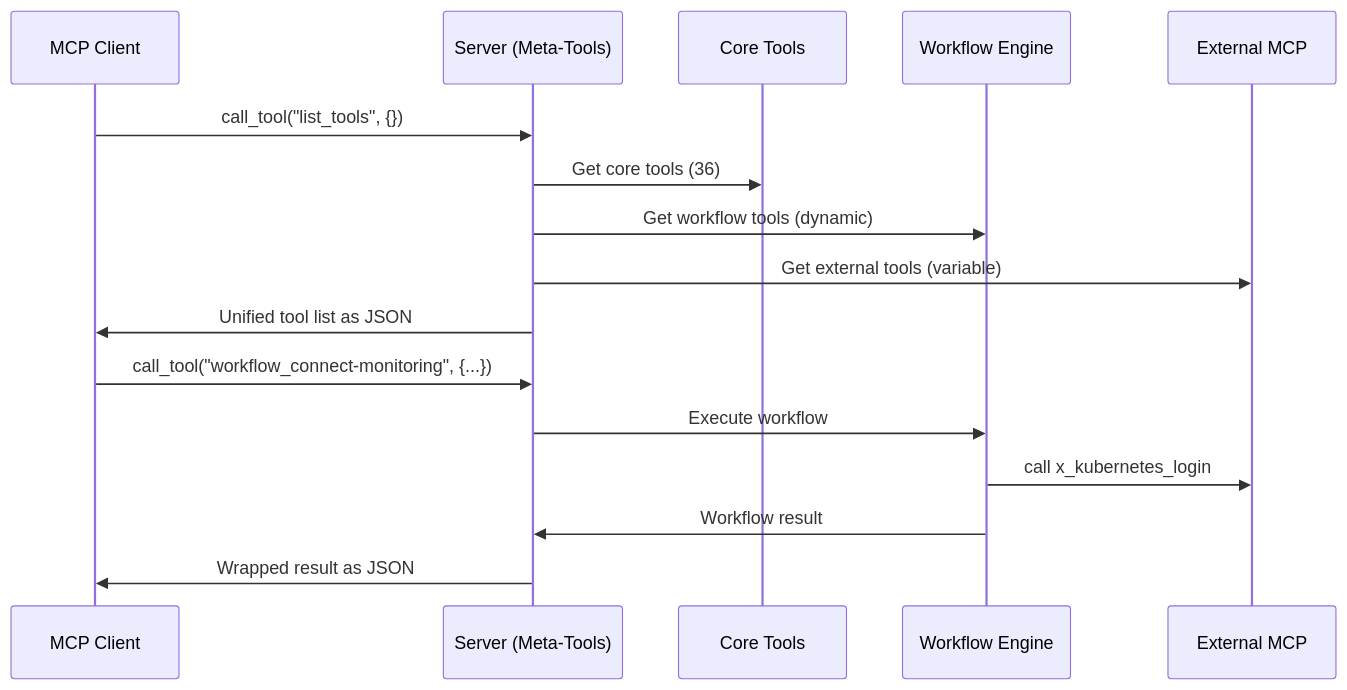
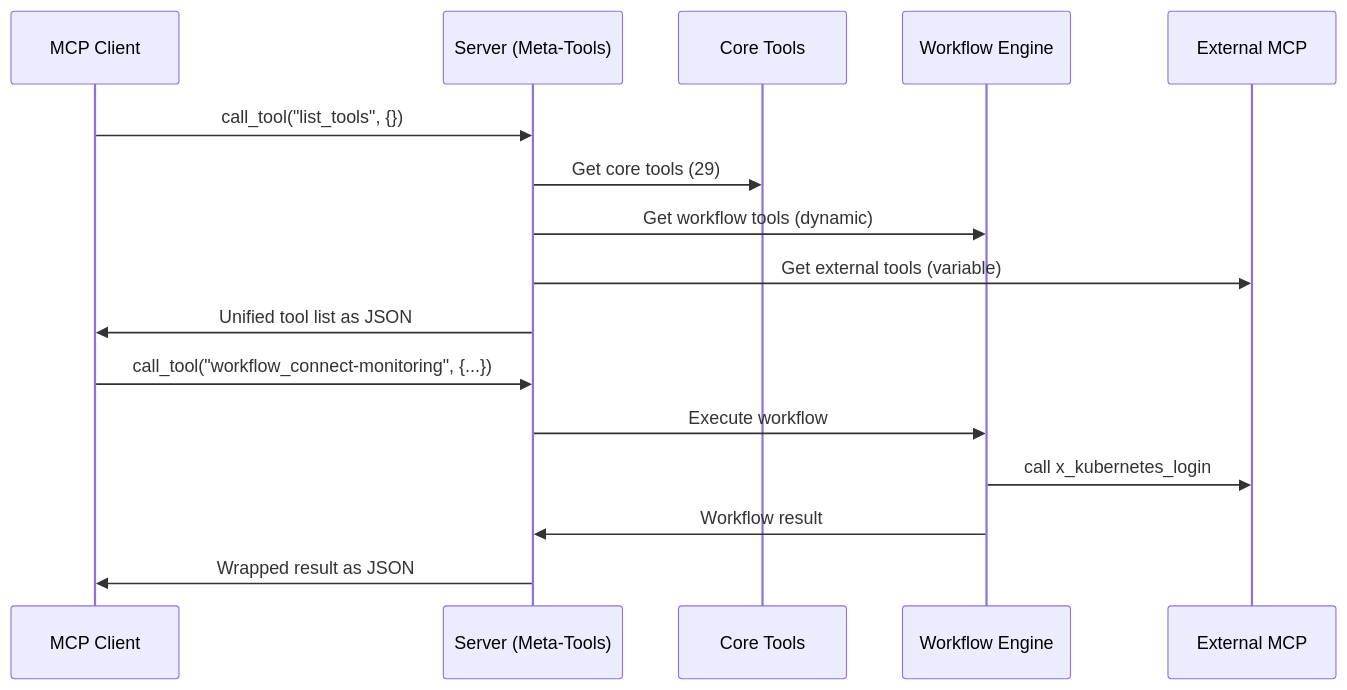
Before and after one commit to giantswarm/muster: the fifth of 5 diagrams in docs/explanation/architecture.md, drawn with Mermaid. The commit also changed other lines of this file and 129 other files, not shown here.

````diff
--- a/docs/explanation/architecture.md
+++ b/docs/explanation/architecture.md
@@ -219,20 +219,20 @@
 ```mermaid
 sequenceDiagram
     participant Client as MCP Client
     participant Server as Server (Meta-Tools)
     participant Core as Core Tools
     participant WF as Workflow Engine
     participant Ext as External MCP
 
     Client->>Server: call_tool("list_tools", {})
-    Server->>Core: Get core tools (36)
+    Server->>Core: Get core tools (29)
     Server->>WF: Get workflow tools (dynamic)
     Server->>Ext: Get external tools (variable)
     Server->>Client: Unified tool list as JSON
 
     Client->>Server: call_tool("workflow_connect-monitoring", {...})
     Server->>WF: Execute workflow
     WF->>Ext: call x_kubernetes_login
     WF->>Server: Workflow result
     Server->>Client: Wrapped result as JSON
 ```
````
